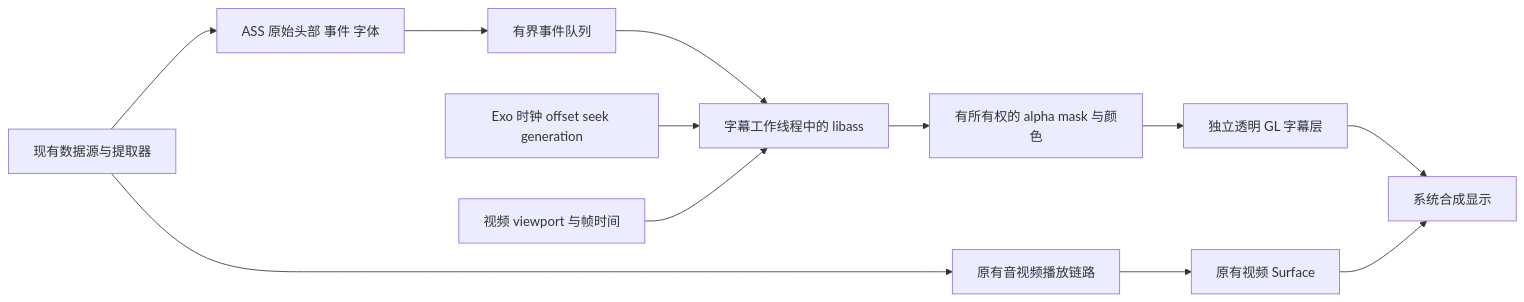
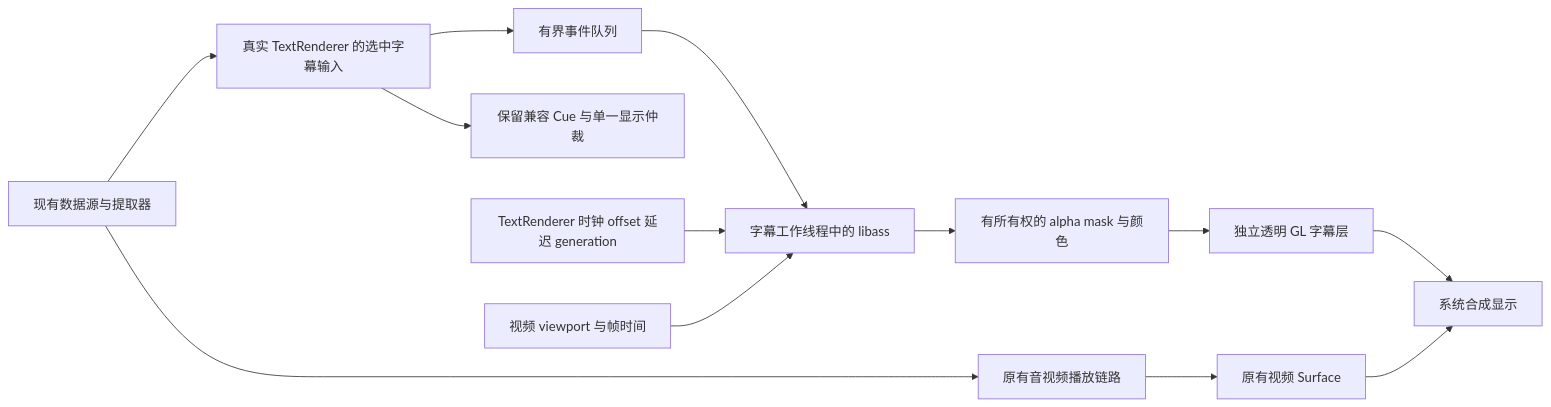
One commit to 1029829534/webhtv changed the second of 2 diagrams in docs/E4-LIBASS-exo-ass-rendering.md. Above: the diagram before and after it, drawn with Mermaid. The commit also changed other lines of this file and 1 other file, not shown here.

````diff
--- a/docs/E4-LIBASS-exo-ass-rendering.md
+++ b/docs/E4-LIBASS-exo-ass-rendering.md
@@ -171,14 +205,15 @@
 ```mermaid
 flowchart LR
-    A[现有数据源与提取器] --> B[ASS 原始头部 事件 字体]
+    A[现有数据源与提取器] --> B[真实 TextRenderer 的选中字幕输入]
     B --> C[有界事件队列]
     C --> D[字幕工作线程中的 libass]
-    E[Exo 时钟 offset seek generation] --> D
+    B --> Q[保留兼容 Cue 与单一显示仲裁]
+    E[TextRenderer 时钟 offset 延迟 generation] --> D
     F[视频 viewport 与帧时间] --> D
     D --> G[有所有权的 alpha mask 与颜色]
     G --> H[独立透明 GL 字幕层]
     A --> I[原有音视频播放链路]
     I --> J[原有视频 Surface]
     H --> K[系统合成显示]
     J --> K
 ```
````
